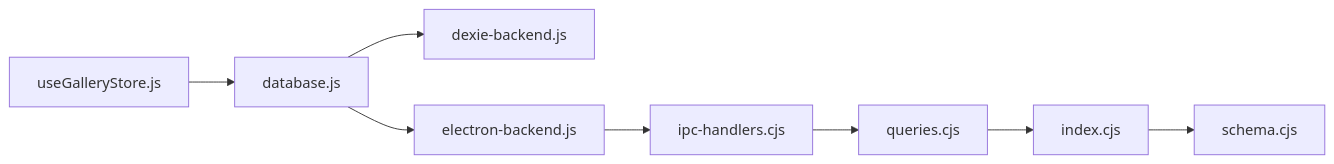
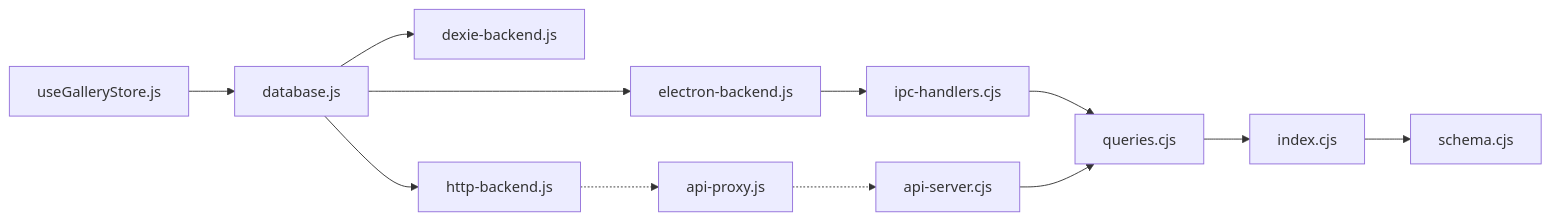
Before and after one commit to AlbusWei/AI-Image-Studio: the seventh of 8 diagrams in .qoder/repowiki/zh/content/数据库层/策略模式数据库抽象.md, drawn with Mermaid. The commit also changed other lines of this file and 26 other files, not shown here.

First line of the commit message:
fix: 修复 Electron 模式下 Gallery 无法显示图片的 3 个断裂点

````diff
--- a/.qoder/repowiki/zh/content/数据库层/策略模式数据库抽象.md
+++ b/.qoder/repowiki/zh/content/数据库层/策略模式数据库抽象.md
@@ -343,10 +474,14 @@
 ```mermaid
 graph LR
 Store["useGalleryStore.js"] --> Facade["database.js"]
 Facade --> Dexie["dexie-backend.js"]
 Facade --> EB["electron-backend.js"]
+Facade --> HB["http-backend.js"]
+HB -.-> Vite["api-proxy.js"]
+Vite -.-> AS["api-server.cjs"]
 EB --> IPC["ipc-handlers.cjs"]
 IPC --> Q["queries.cjs"]
+AS --> Q
 Q --> Index["index.cjs"]
 Index --> Schema["schema.cjs"]
 ```
````
